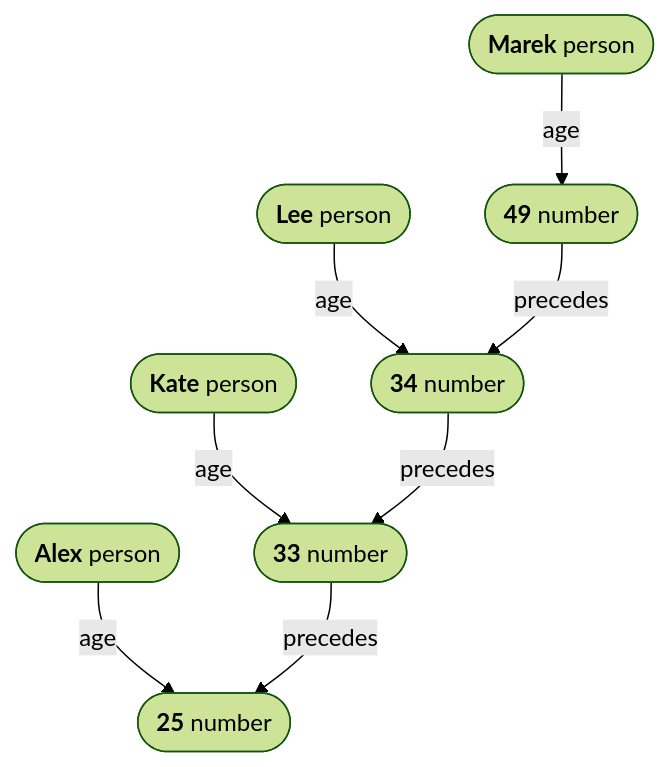
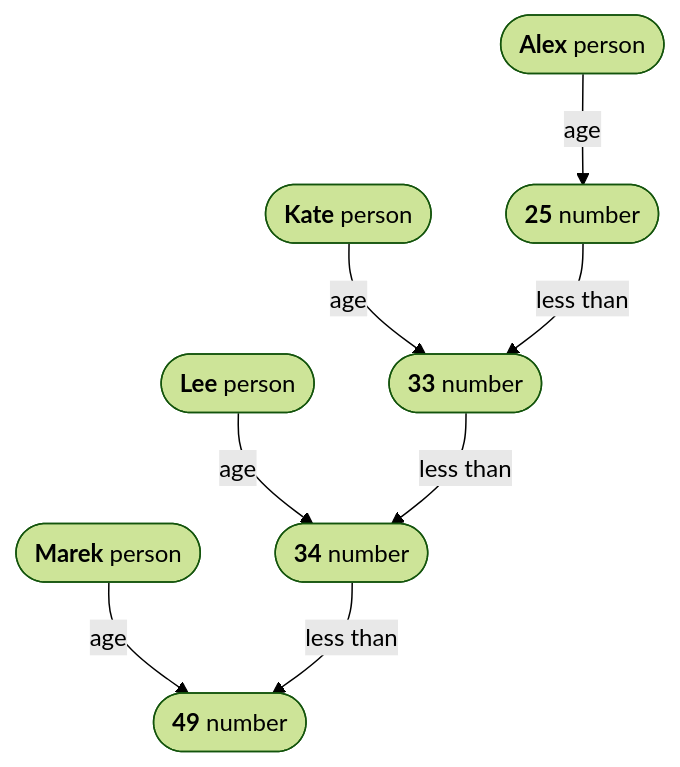
Before and after one commit to conmaol/maglocunus: the fifth of 9 diagrams in d/data.md, drawn with Mermaid (forest theme). The commit also changed other lines of this file, not shown here.

````diff
--- a/d/data.md
+++ b/d/data.md
@@ -115,18 +113,18 @@
 ```mermaid
 flowchart TD
     bb(["`**Marek** person`"])
     cc(["`**49** number`"])
     bb -- age --> cc
     bbb(["`**Lee** person`"])
     ccc(["`**34** number`"])
     bbb -- age --> ccc
     b(["`**Kate** person`"])
     c(["`**33** number`"])
     b -- age --> c
     bbbb(["`**Alex** person`"])
     cccc(["`**25** number`"])
     bbbb -- age --> cccc
-    cc -- precedes --> ccc
-    ccc -- precedes --> c
-    c -- precedes --> cccc
+    ccc -- less than --> cc
+    c -- less than --> ccc
+    cccc -- less than --> c
 ```
````
